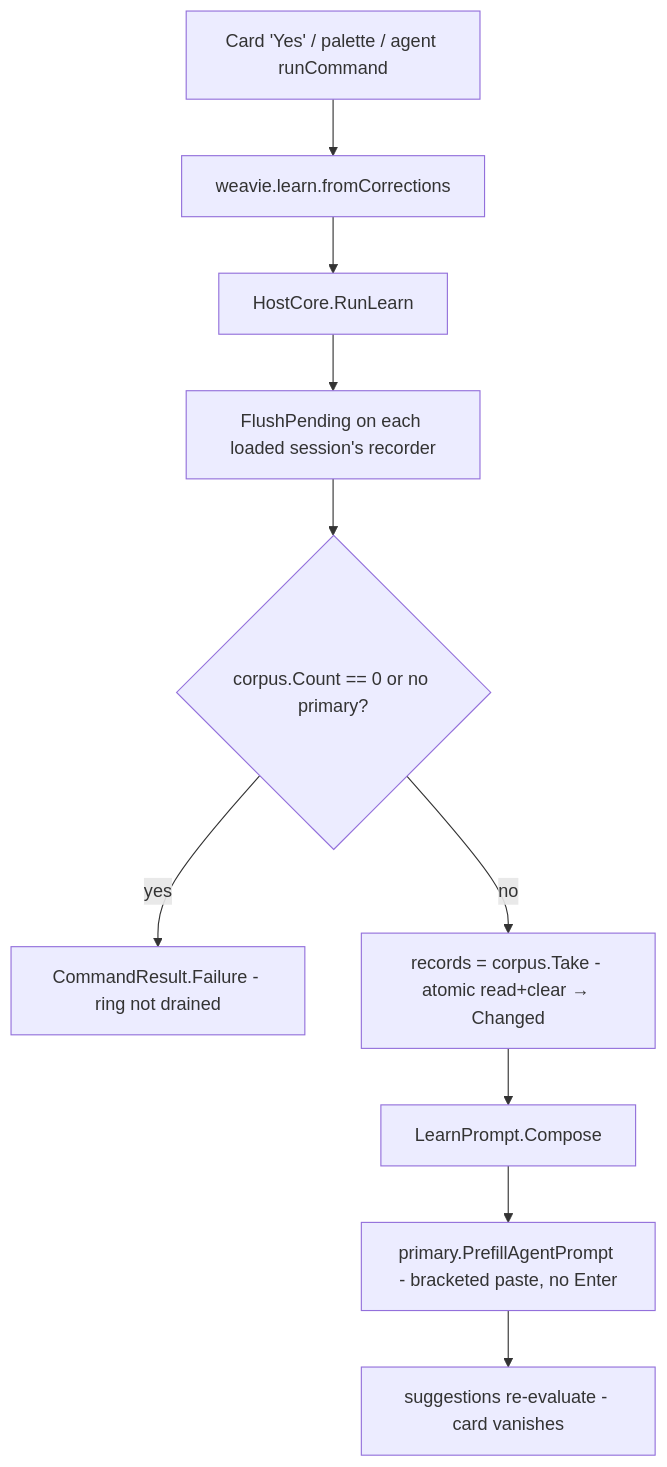
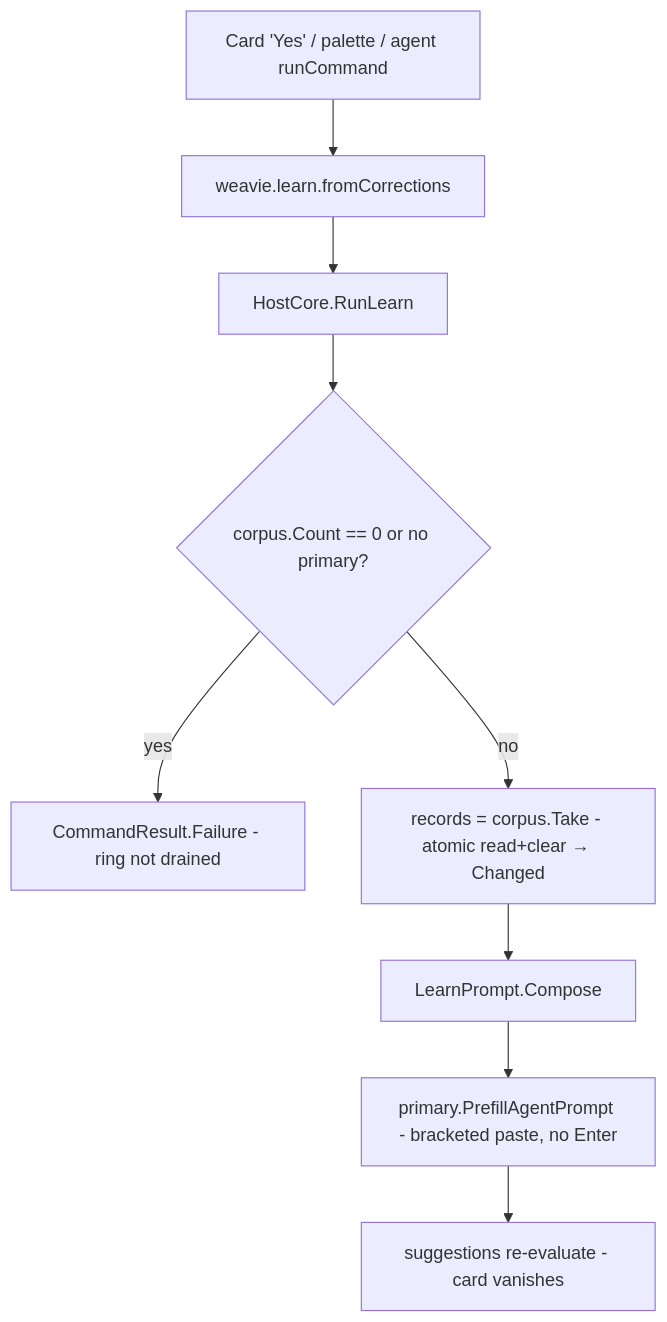
The second of 2 diagrams in docs/specs/learn-from-corrections.md (Kapps/weavie), drawn with Mermaid before and after one commit. The commit also changed other lines of this file and 21 other files, not shown here.

````diff
--- a/docs/specs/learn-from-corrections.md
+++ b/docs/specs/learn-from-corrections.md
@@ -123,12 +129,11 @@
 ```mermaid
 flowchart TD
   A[Card 'Yes' / palette / agent runCommand] --> B[weavie.learn.fromCorrections]
   B --> C[HostCore.RunLearn]
-  C --> D[FlushPending on each loaded session's recorder]
-  D --> E{corpus.Count == 0 or no primary?}
+  C --> E{corpus.Count == 0 or no primary?}
   E -- yes --> G[CommandResult.Failure - ring not drained]
   E -- no --> H[records = corpus.Take - atomic read+clear → Changed]
   H --> I[LearnPrompt.Compose]
   I --> J[primary.PrefillAgentPrompt - bracketed paste, no Enter]
   J --> K[suggestions re-evaluate - card vanishes]
 ```
````
